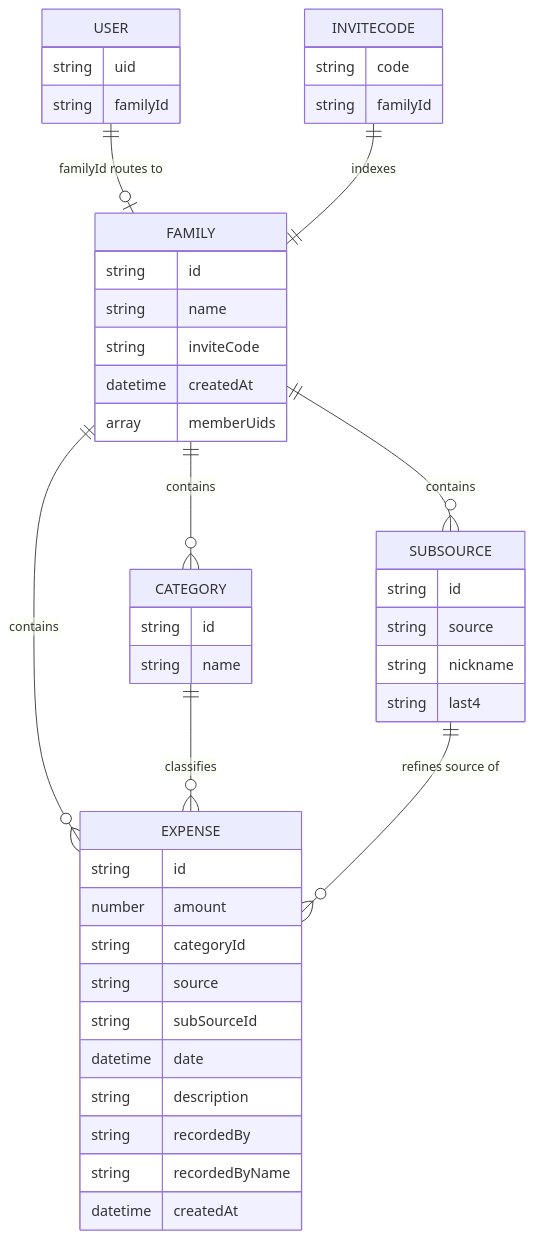
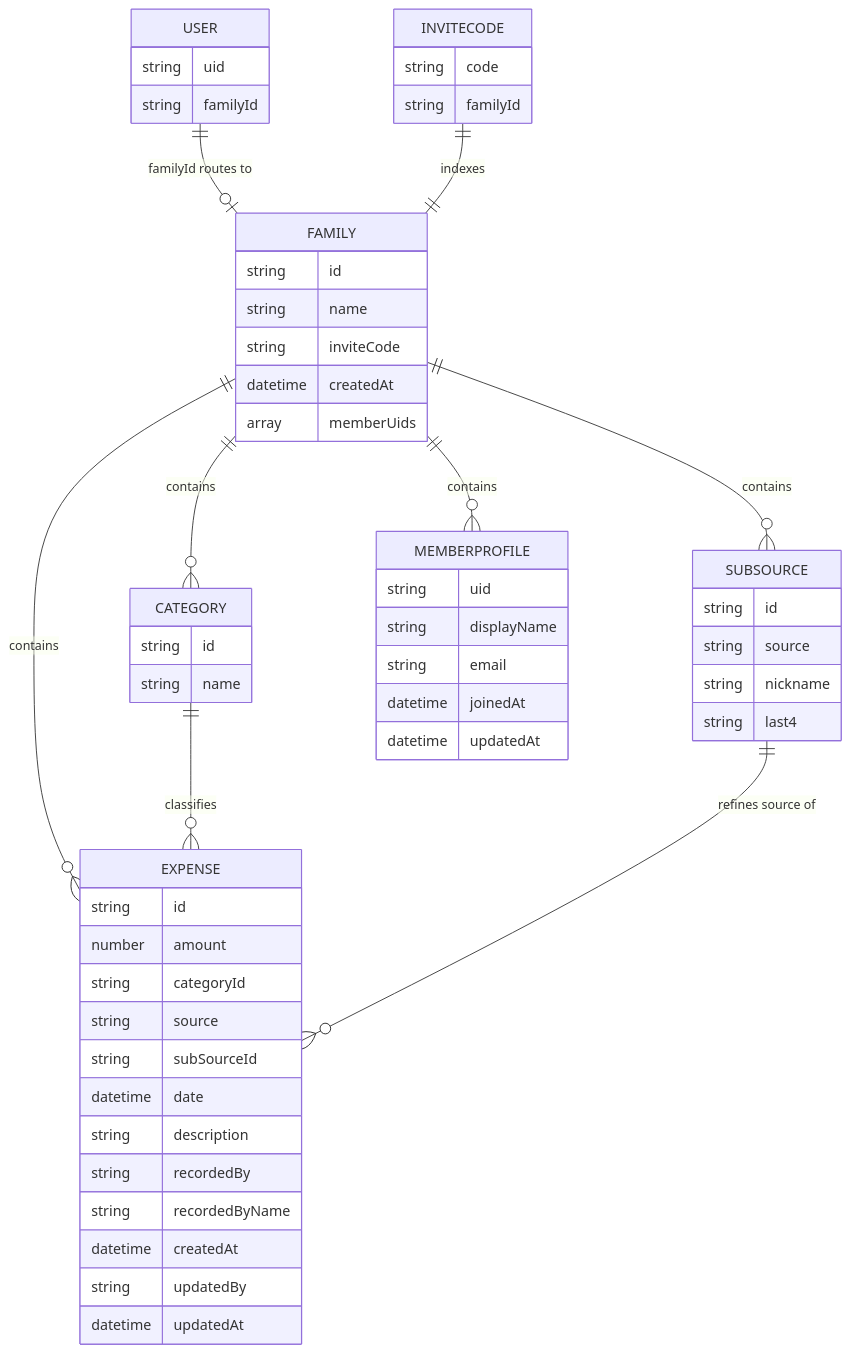
One commit to Gowthamrajp/family-expense-tracker-pwa changed the fourth of 4 diagrams in .kiro/specs/family-expense-tracker-pwa/design.md. Above: the diagram before and after it, drawn with Mermaid. The commit also changed other lines of this file and 17 other files, not shown here.

````diff
--- a/.kiro/specs/family-expense-tracker-pwa/design.md
+++ b/.kiro/specs/family-expense-tracker-pwa/design.md
@@ -496,17 +653,19 @@
 ```mermaid
 erDiagram
     USER ||--o| FAMILY : "familyId routes to"
     FAMILY ||--o{ EXPENSE : contains
     FAMILY ||--o{ CATEGORY : contains
     FAMILY ||--o{ SUBSOURCE : contains
+    FAMILY ||--o{ MEMBERPROFILE : contains
     CATEGORY ||--o{ EXPENSE : "classifies"
     SUBSOURCE ||--o{ EXPENSE : "refines source of"
     INVITECODE ||--|| FAMILY : "indexes"
 
     USER { string uid string familyId }
     FAMILY { string id string name string inviteCode datetime createdAt array memberUids }
-    EXPENSE { string id number amount string categoryId string source string subSourceId datetime date string description string recordedBy string recordedByName datetime createdAt }
+    EXPENSE { string id number amount string categoryId string source string subSourceId datetime date string description string recordedBy string recordedByName datetime createdAt string updatedBy datetime updatedAt }
     CATEGORY { string id string name }
     SUBSOURCE { string id string source string nickname string last4 }
+    MEMBERPROFILE { string uid string displayName string email datetime joinedAt datetime updatedAt }
     INVITECODE { string code string familyId }
 ```
````
